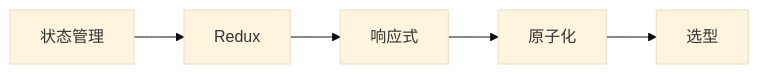
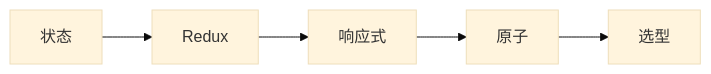
Before and after one commit to tghrxxxyyy/knowledge-base: the diagram in 基础知识/前端工程/状态管理方案对比.md, drawn with Mermaid (base theme). The commit also changed other lines of this file and 385 other files, not shown here.

````diff
--- a/基础知识/前端工程/状态管理方案对比.md
+++ b/基础知识/前端工程/状态管理方案对比.md
@@ -19,9 +19,9 @@
 ```mermaid
 flowchart LR
-    A[状态管理]
+    A[状态]
     B[Redux]
     C[响应式]
-    D[原子化]
+    D[原子]
     E[选型]
     A --> B --> C --> D --> E
 ```
````
